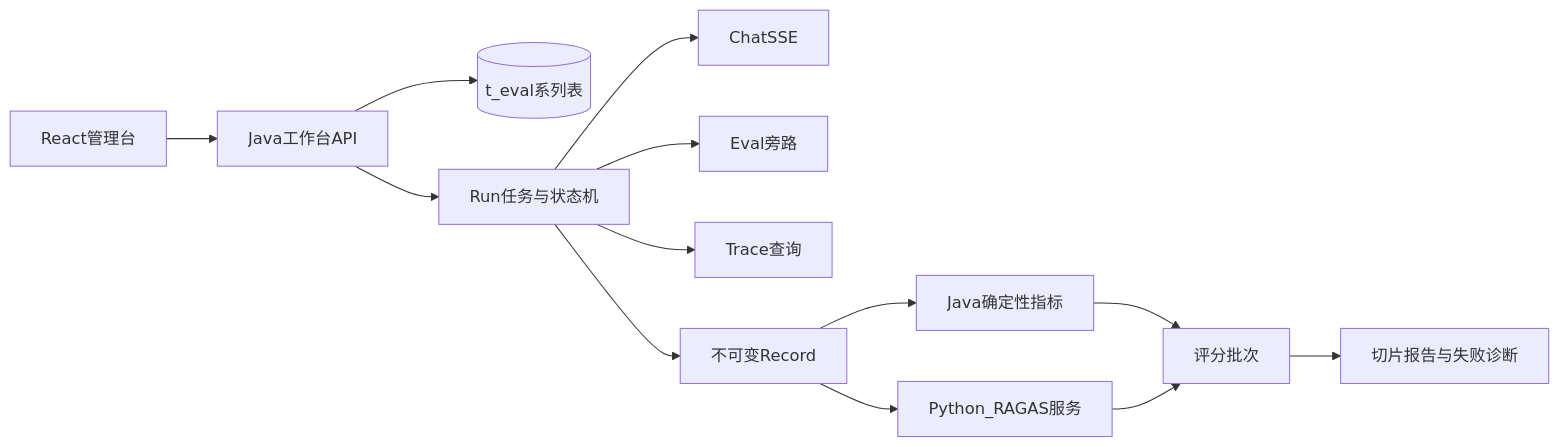
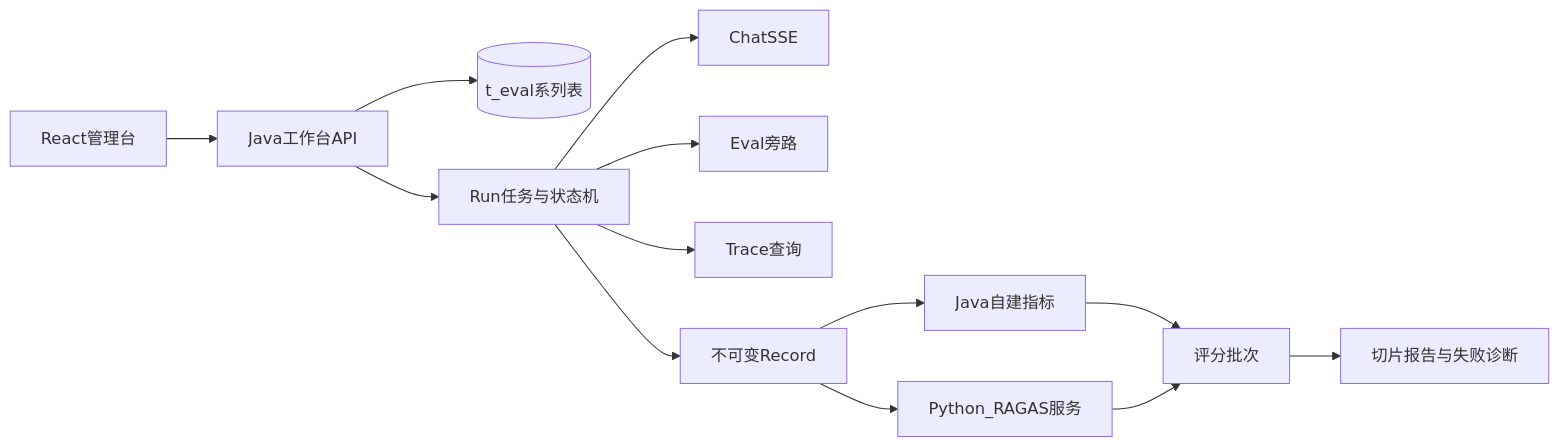
Before and after one commit to ZhaoWeijunX/ragent: the diagram in docs/rag-evaluation-workbench-development-plan.md, drawn with Mermaid. The commit also changed other lines of this file and 28 other files, not shown here.

````diff
--- a/docs/rag-evaluation-workbench-development-plan.md
+++ b/docs/rag-evaluation-workbench-development-plan.md
@@ -20,15 +21,15 @@
 ```mermaid
 flowchart LR
   AdminUI[React管理台] --> EvalAPI[Java工作台API]
   EvalAPI --> EvalDB[(t_eval系列表)]
   EvalAPI --> RunTask[Run任务与状态机]
   RunTask --> ChatAPI[ChatSSE]
   RunTask --> EvalBypass[Eval旁路]
   RunTask --> TraceAPI[Trace查询]
   RunTask --> RecordStore[不可变Record]
-  RecordStore --> Deterministic[Java确定性指标]
+  RecordStore --> Deterministic[Java自建指标]
   RecordStore --> RagasService[Python_RAGAS服务]
   Deterministic --> ScoreBatch[评分批次]
   RagasService --> ScoreBatch
   ScoreBatch --> Report[切片报告与失败诊断]
 ```
````
